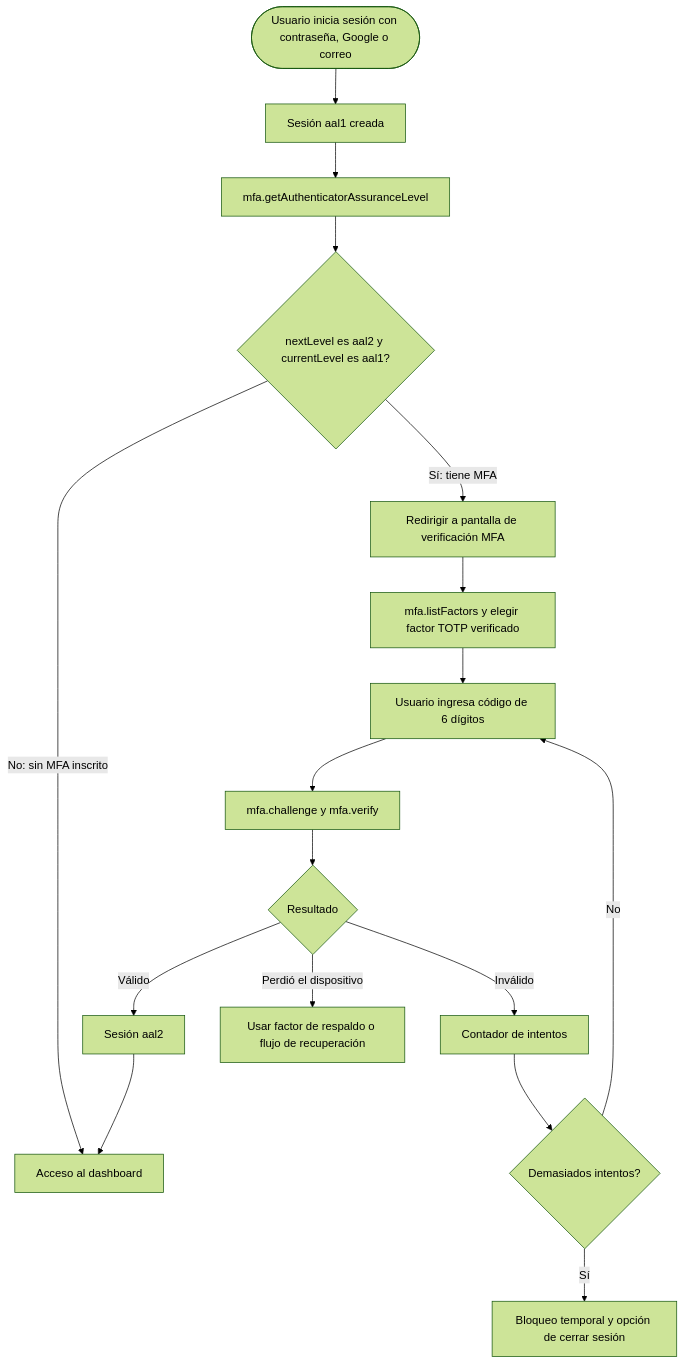
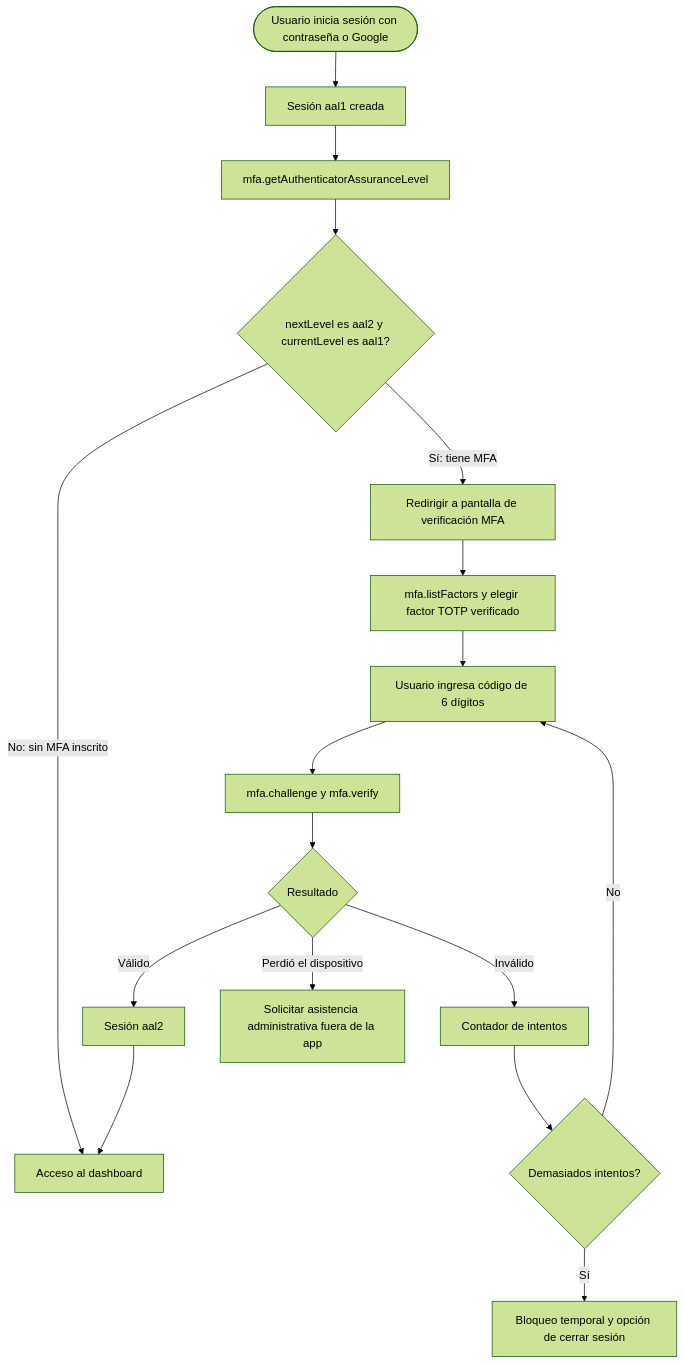
Before and after one commit to Trebol4Devop/Comunidad_USAC: the eighth of 8 diagrams in auth-supabase-login-signup.md, drawn with Mermaid (forest theme). The commit also changed other lines of this file and 29 other files, not shown here.

````diff
--- a/auth-supabase-login-signup.md
+++ b/auth-supabase-login-signup.md
@@ -393,17 +321,17 @@
 ```mermaid
 flowchart TD
-    A(["Usuario inicia sesión con contraseña, Google o correo"]) --> B["Sesión aal1 creada"]
+    A(["Usuario inicia sesión con contraseña o Google"]) --> B["Sesión aal1 creada"]
     B --> C["mfa.getAuthenticatorAssuranceLevel"]
     C --> D{"nextLevel es aal2 y currentLevel es aal1?"}
     D -->|"No: sin MFA inscrito"| E["Acceso al dashboard"]
     D -->|"Sí: tiene MFA"| F["Redirigir a pantalla de verificación MFA"]
     F --> G["mfa.listFactors y elegir factor TOTP verificado"]
     G --> H["Usuario ingresa código de 6 dígitos"]
     H --> I["mfa.challenge y mfa.verify"]
     I --> J{"Resultado"}
     J -->|"Válido"| K["Sesión aal2"] --> E
     J -->|"Inválido"| L["Contador de intentos"] --> M{"Demasiados intentos?"}
     M -->|"No"| H
     M -->|"Sí"| N["Bloqueo temporal y opción de cerrar sesión"]
-    J -->|"Perdió el dispositivo"| O["Usar factor de respaldo o flujo de recuperación"]
+    J -->|"Perdió el dispositivo"| O["Solicitar asistencia administrativa fuera de la app"]
 ```
````
